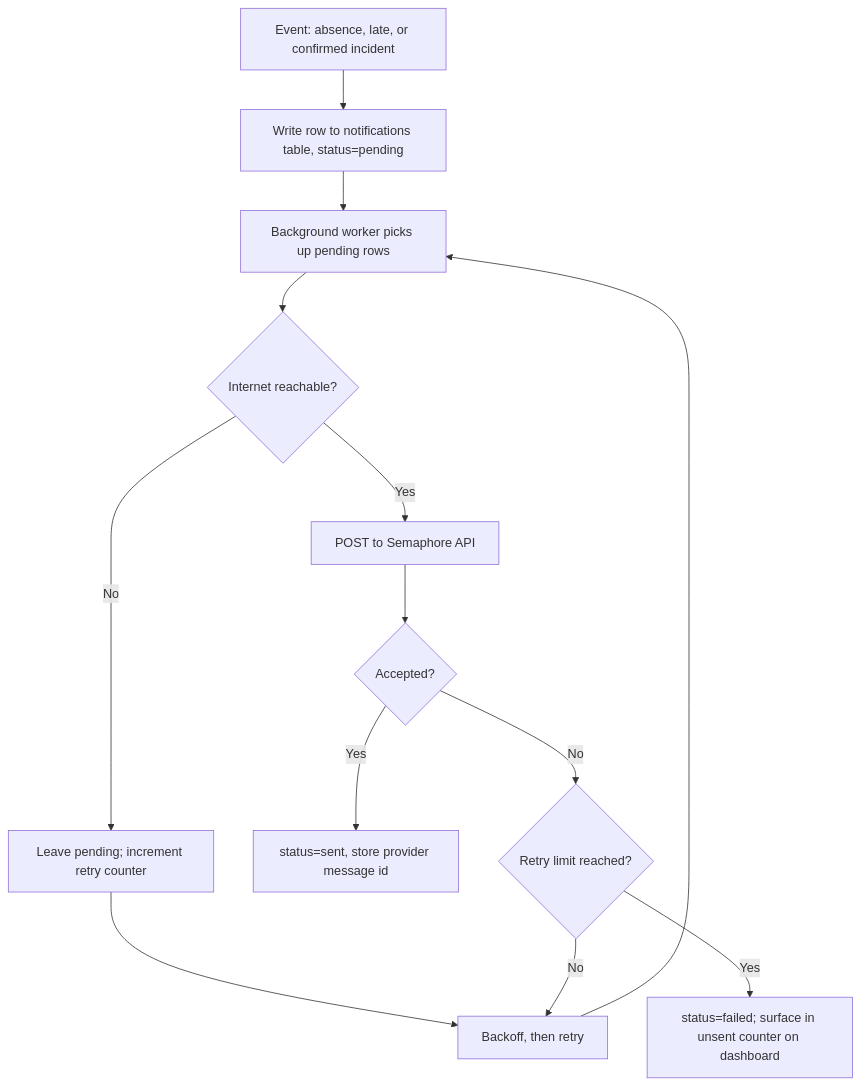
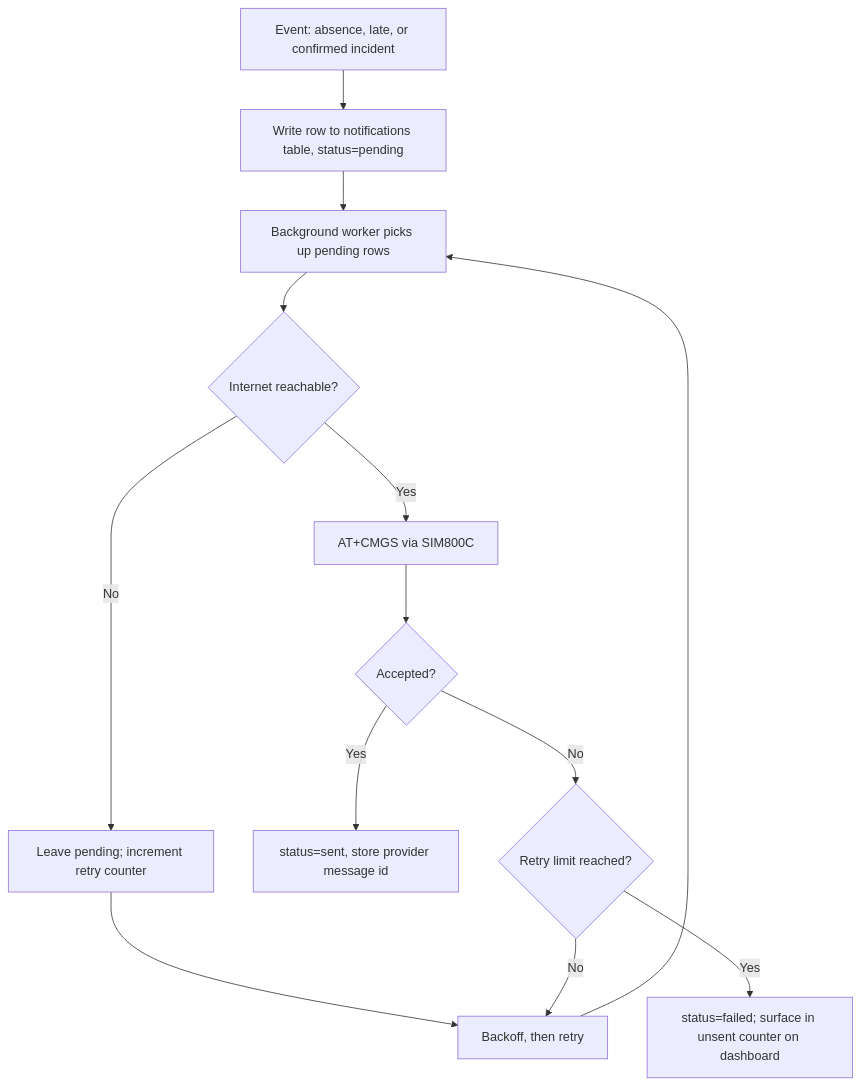
Before and after one commit to paopao-GG/brshs-qr-attendance-system: the second of 4 diagrams in docs/flow.md, drawn with Mermaid. The commit also changed other lines of this file and 23 other files, not shown here.

Commit message:
feat: replace SMS API to sim800c

````diff
--- a/docs/flow.md
+++ b/docs/flow.md
@@ -137,15 +137,15 @@
 ```mermaid
 flowchart TD
     A[Event: absence, late, or confirmed incident] --> B[Write row to notifications table, status=pending]
     B --> C[Background worker picks up pending rows]
     C --> D{Internet reachable?}
     D -->|No| E[Leave pending; increment retry counter]
     E --> F[Backoff, then retry]
     F --> C
-    D -->|Yes| G[POST to Semaphore API]
+    D -->|Yes| G[AT+CMGS via SIM800C]
     G --> H{Accepted?}
     H -->|Yes| I[status=sent, store provider message id]
     H -->|No| J{Retry limit reached?}
     J -->|No| F
     J -->|Yes| K[status=failed; surface in unsent counter on dashboard]
 ```
````
